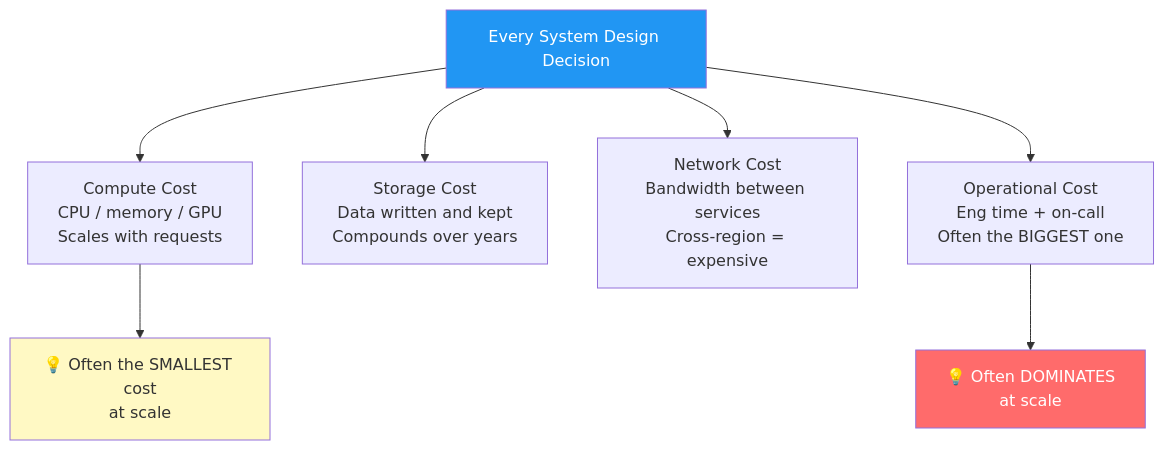
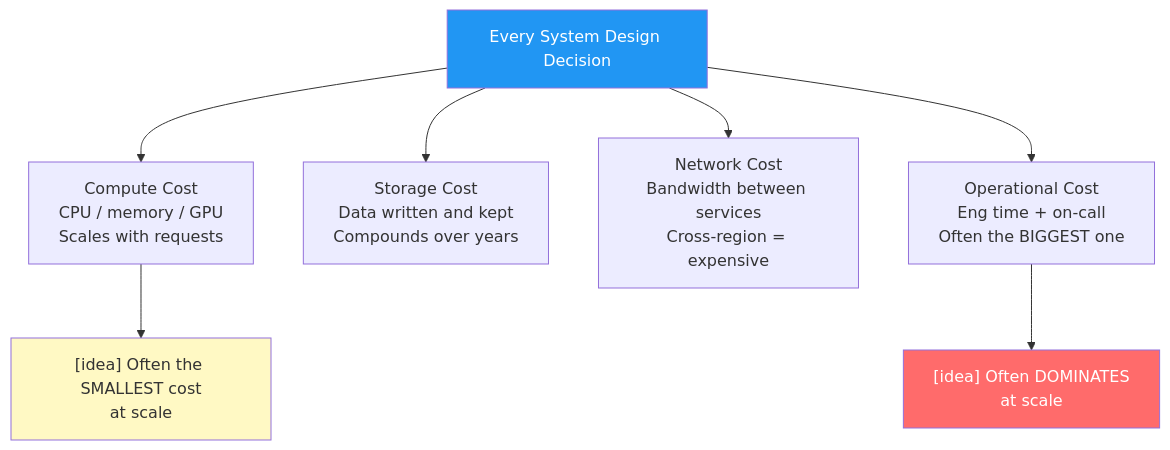
One commit to ranjeetnegi/System-Design-for-Staff-SWE changed the first of 5 diagrams in Section2/Chapter_17_Cost_Efficiency_and_Sustainable_System_Design.md. Above: the diagram before and after it, drawn with Mermaid. The commit also changed other lines of this file and 20 other files, not shown here.

````diff
--- a/Section2/Chapter_17_Cost_Efficiency_and_Sustainable_System_Design.md
+++ b/Section2/Chapter_17_Cost_Efficiency_and_Sustainable_System_Design.md
@@ -65,12 +65,12 @@
 ```mermaid
 flowchart TD
     A["Every System Design Decision"] --> B["Compute Cost\nCPU / memory / GPU\nScales with requests"]
     A --> C["Storage Cost\nData written and kept\nCompounds over years"]
     A --> D["Network Cost\nBandwidth between services\nCross-region = expensive"]
     A --> E["Operational Cost\nEng time + on-call\nOften the BIGGEST one"]
-    B --> F["💡 Often the SMALLEST cost\nat scale"]
-    E --> G["💡 Often DOMINATES\nat scale"]
+    B --> F["[idea] Often the SMALLEST cost\nat scale"]
+    E --> G["[idea] Often DOMINATES\nat scale"]
     style A fill:#2196F3,color:#fff
     style F fill:#FFF9C4,color:#333
     style G fill:#ff6b6b,color:#fff
 ```
````
